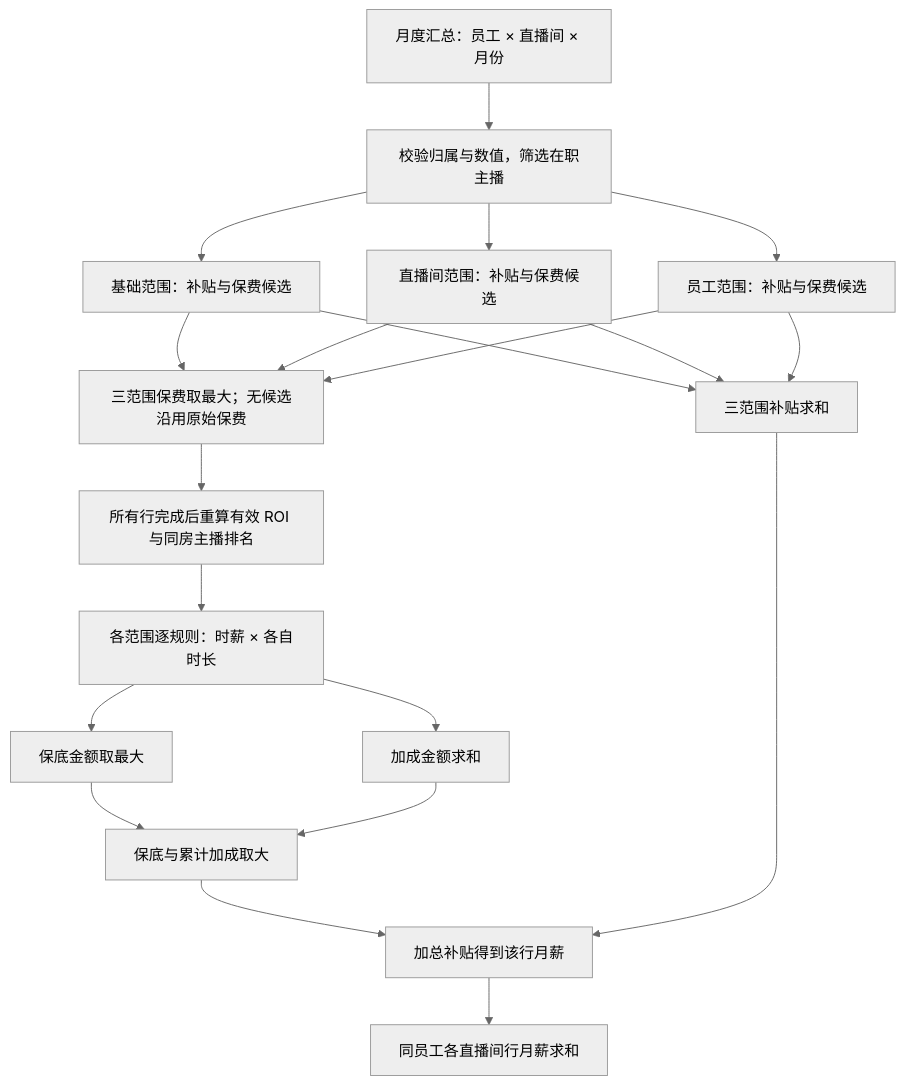
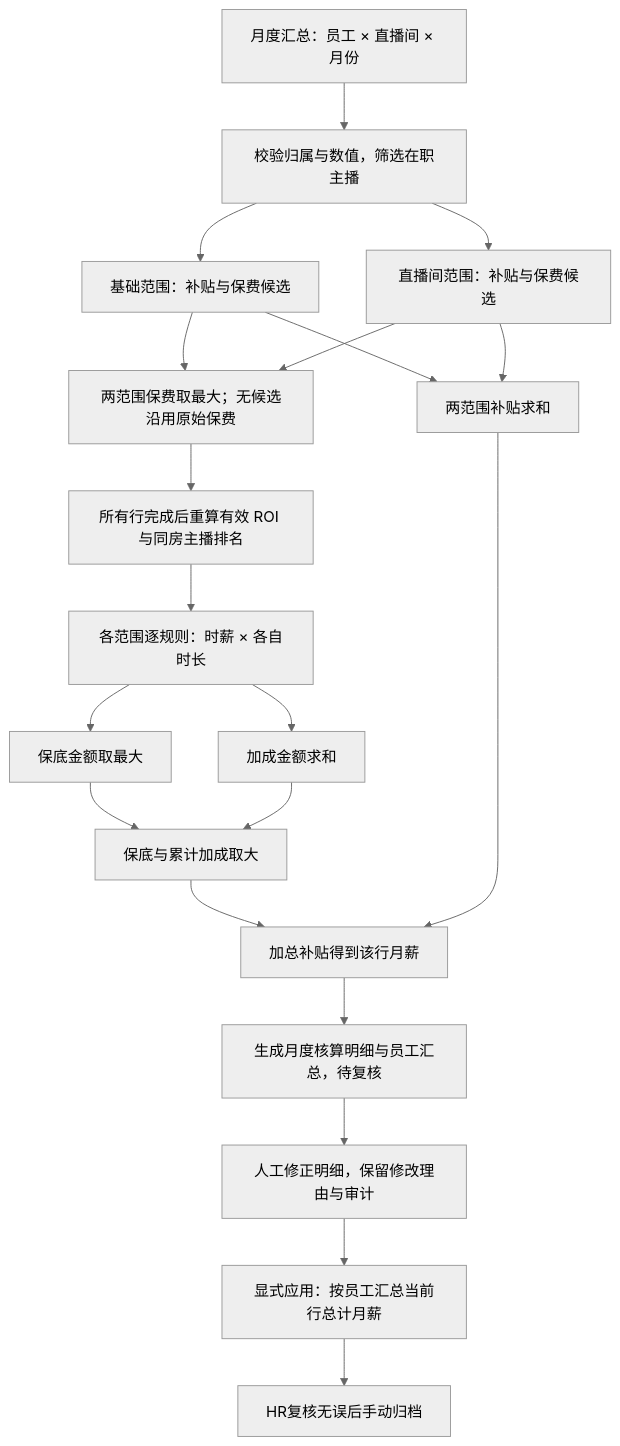
One commit to OnfireMrHuang/staffhub changed the diagram in docs/superpowers/specs/2026-10-16-layered-payroll-settlement.md. Above: the diagram before and after it, drawn with Mermaid (neutral theme). The commit also changed other lines of this file and 47 other files, not shown here.

````diff
--- a/docs/superpowers/specs/2026-10-16-layered-payroll-settlement.md
+++ b/docs/superpowers/specs/2026-10-16-layered-payroll-settlement.md
@@ -130,22 +131,22 @@
 ```mermaid
 flowchart TD
   S[月度汇总：员工 × 直播间 × 月份] --> Q[校验归属与数值，筛选在职主播]
   Q --> G[基础范围：补贴与保费候选]
   Q --> R[直播间范围：补贴与保费候选]
-  Q --> E[员工范围：补贴与保费候选]
-  G --> P[三范围保费取最大；无候选沿用原始保费]
+  G --> P[两范围保费取最大；无候选沿用原始保费]
   R --> P
-  E --> P
   P --> I[所有行完成后重算有效 ROI 与同房主播排名]
   I --> H[各范围逐规则：时薪 × 各自时长]
   H --> F[保底金额取最大]
   H --> A[加成金额求和]
-  G --> L[三范围补贴求和]
+  G --> L[两范围补贴求和]
   R --> L
-  E --> L
   F --> M[保底与累计加成取大]
   A --> M
   M --> T[加总补贴得到该行月薪]
   L --> T
-  T --> U[同员工各直播间行月薪求和]
+  T --> U[生成月度核算明细与员工汇总，待复核]
+  U --> V[人工修正明细，保留修改理由与审计]
+  V --> W[显式应用：按员工汇总当前行总计月薪]
+  W --> X[HR复核无误后手动归档]
 ```
````
